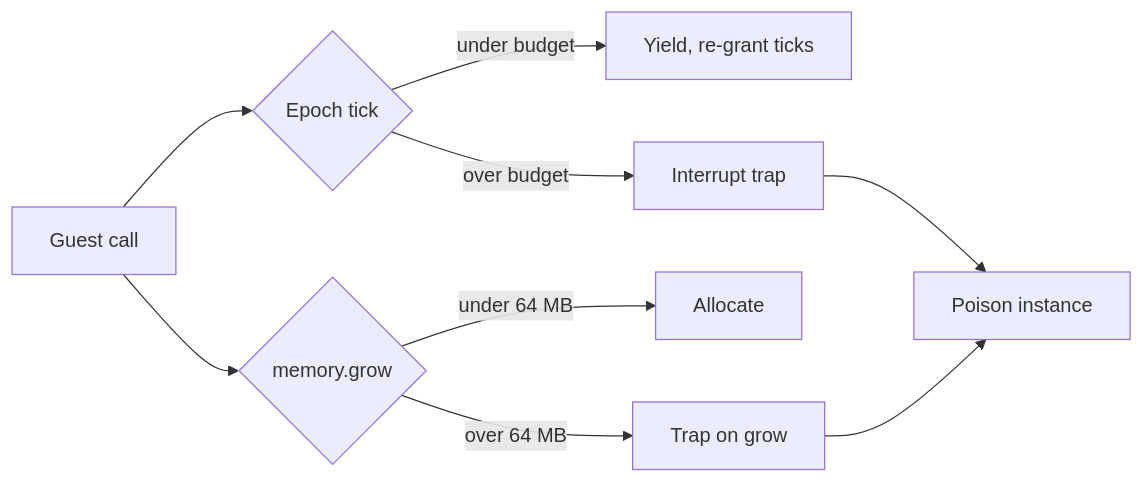
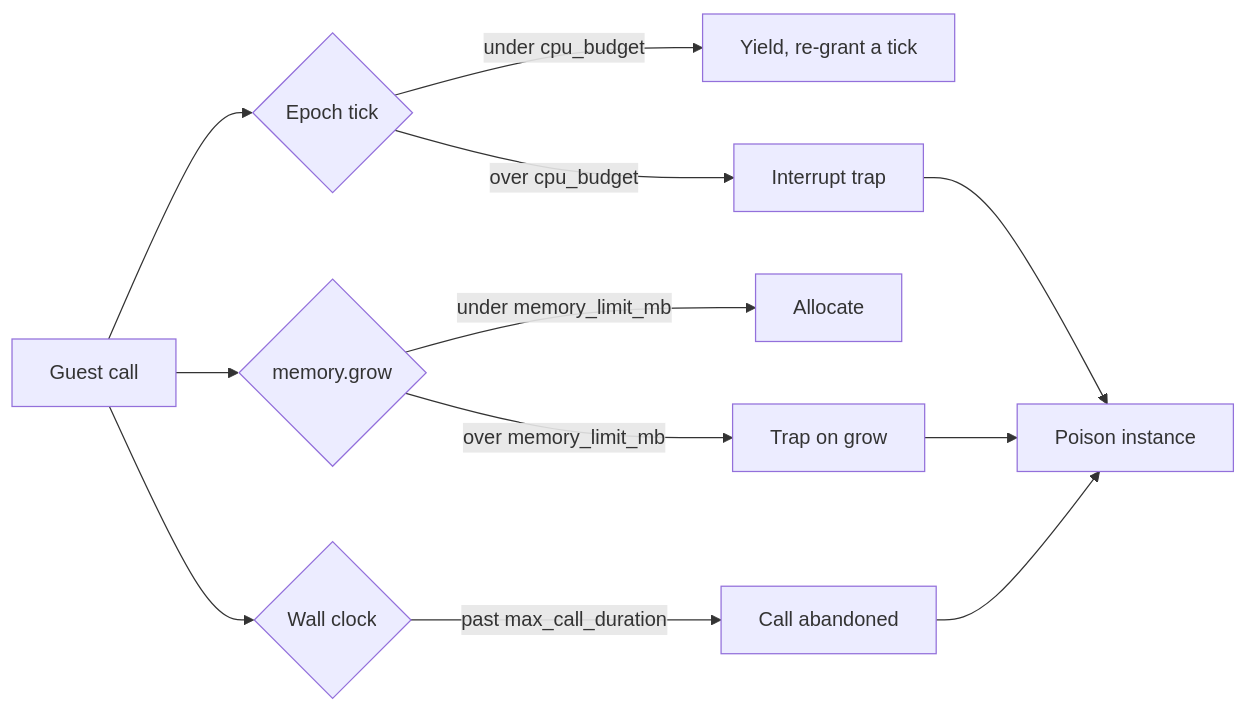
One commit to Shadowner/Infrarust changed the diagram in docs/v2/plugins/wasm/capabilities.md. Above: the diagram before and after it, drawn with Mermaid. The commit also changed other lines of this file and 45 other files, not shown here.

````diff
--- a/docs/v2/plugins/wasm/capabilities.md
+++ b/docs/v2/plugins/wasm/capabilities.md
@@ -166,11 +221,14 @@
 ```mermaid
 flowchart LR
     G[Guest call] --> E{Epoch tick}
-    E -->|under budget| Y[Yield, re-grant ticks]
-    E -->|over budget| T[Interrupt trap]
+    E -->|under cpu_budget| Y[Yield, re-grant a tick]
+    E -->|over cpu_budget| T[Interrupt trap]
     G --> M{memory.grow}
-    M -->|under 64 MB| OK[Allocate]
-    M -->|over 64 MB| MT[Trap on grow]
+    M -->|under memory_limit_mb| OK[Allocate]
+    M -->|over memory_limit_mb| MT[Trap on grow]
+    G --> W{Wall clock}
+    W -->|past max_call_duration| A[Call abandoned]
     T --> P[Poison instance]
     MT --> P
+    A --> P
 ```
````
